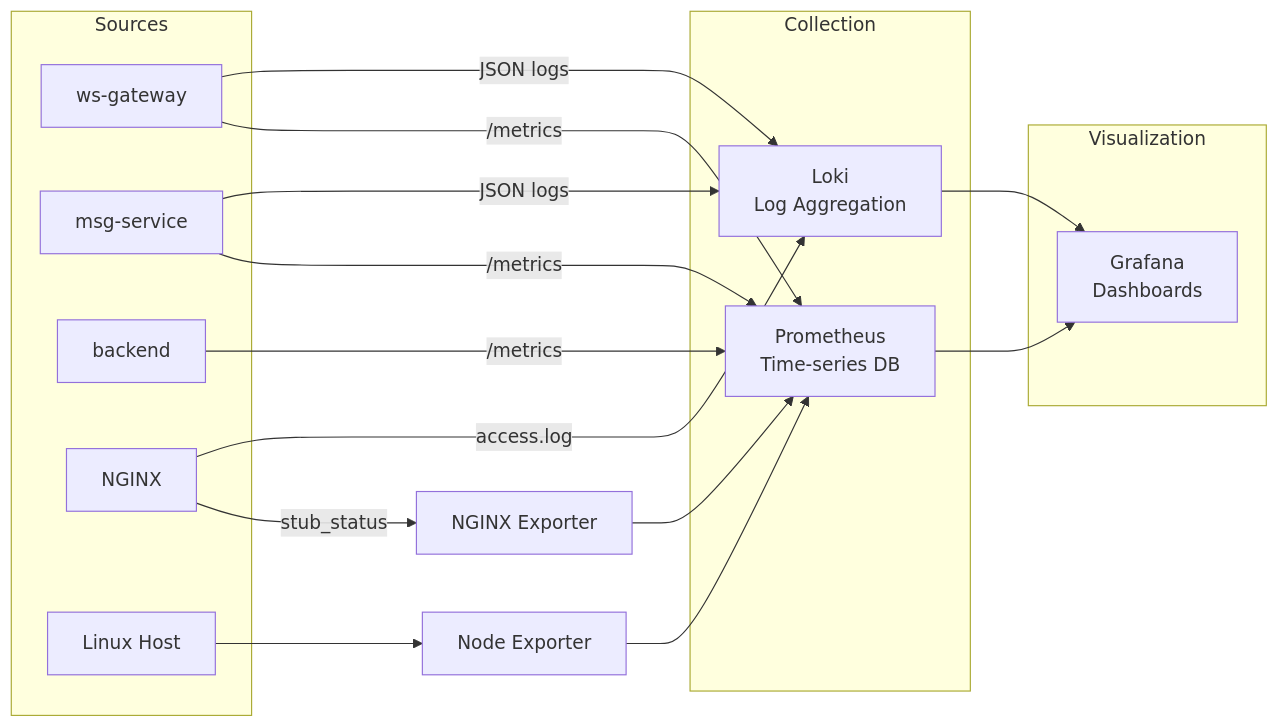
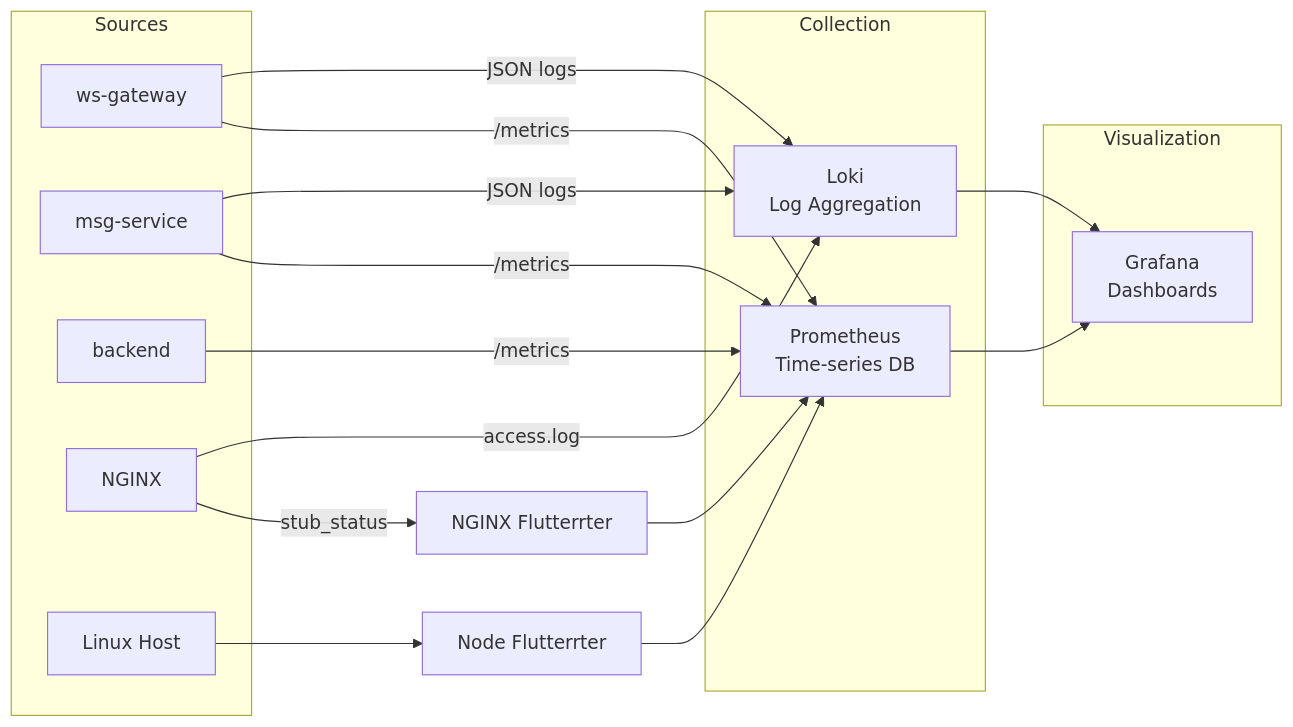
Before and after one commit to Santosh-Prasad-Verma/Flicko: the diagram in docs/deployment/monitoring.md, drawn with Mermaid. The commit also changed other lines of this file and 3075 other files, not shown here.

````diff
--- a/docs/deployment/monitoring.md
+++ b/docs/deployment/monitoring.md
@@ -13,34 +13,34 @@
 ```mermaid
 flowchart LR
     subgraph Sources
         WS[ws-gateway]
         MSG[msg-service]
         BE[backend]
         NGINX[NGINX]
         HOST[Linux Host]
     end
 
     subgraph Collection
         PROM[Prometheus<br/>Time-series DB]
         LOKI[Loki<br/>Log Aggregation]
     end
 
     subgraph Visualization
         GRAF[Grafana<br/>Dashboards]
     end
 
     WS -->|/metrics| PROM
     MSG -->|/metrics| PROM
     BE -->|/metrics| PROM
-    NGINX -->|stub_status| NGXEXP[NGINX Exporter]
+    NGINX -->|stub_status| NGXEXP[NGINX Flutterrter]
     NGXEXP --> PROM
-    HOST --> NODEEXP[Node Exporter]
+    HOST --> NODEEXP[Node Flutterrter]
     NODEEXP --> PROM
 
     WS -->|JSON logs| LOKI
     MSG -->|JSON logs| LOKI
     NGINX -->|access.log| LOKI
 
     PROM --> GRAF
     LOKI --> GRAF
 ```
````
